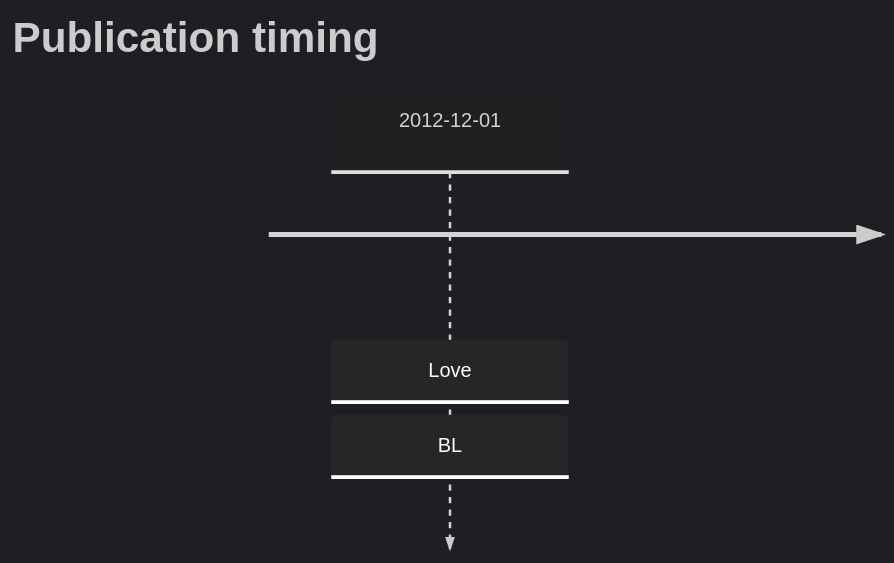
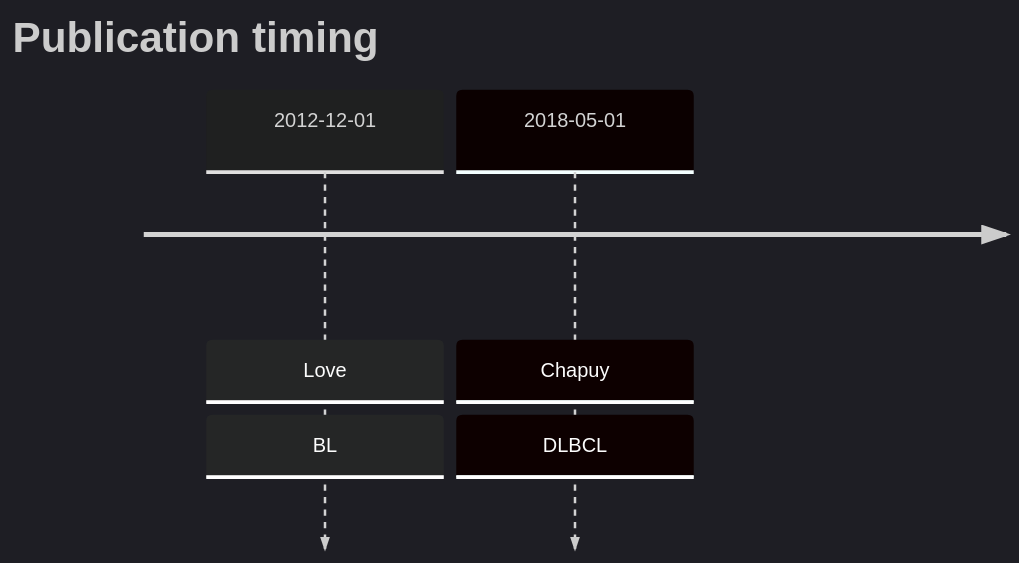
One commit to morinlab/lymphopedia changed the diagram in PTEN.md. Above: the diagram before and after it, drawn with Mermaid. The commit also changed other lines of this file, not shown here.

````diff
--- a/PTEN.md
+++ b/PTEN.md
@@ -9,6 +9,7 @@
 ```mermaid
 %%{init: { 'logLevel': 'debug', 'theme': 'dark' } }%%
 timeline
     title Publication timing
       2012-12-01 : Love : BL
+      2018-05-01 : Chapuy : DLBCL
 ```
````
